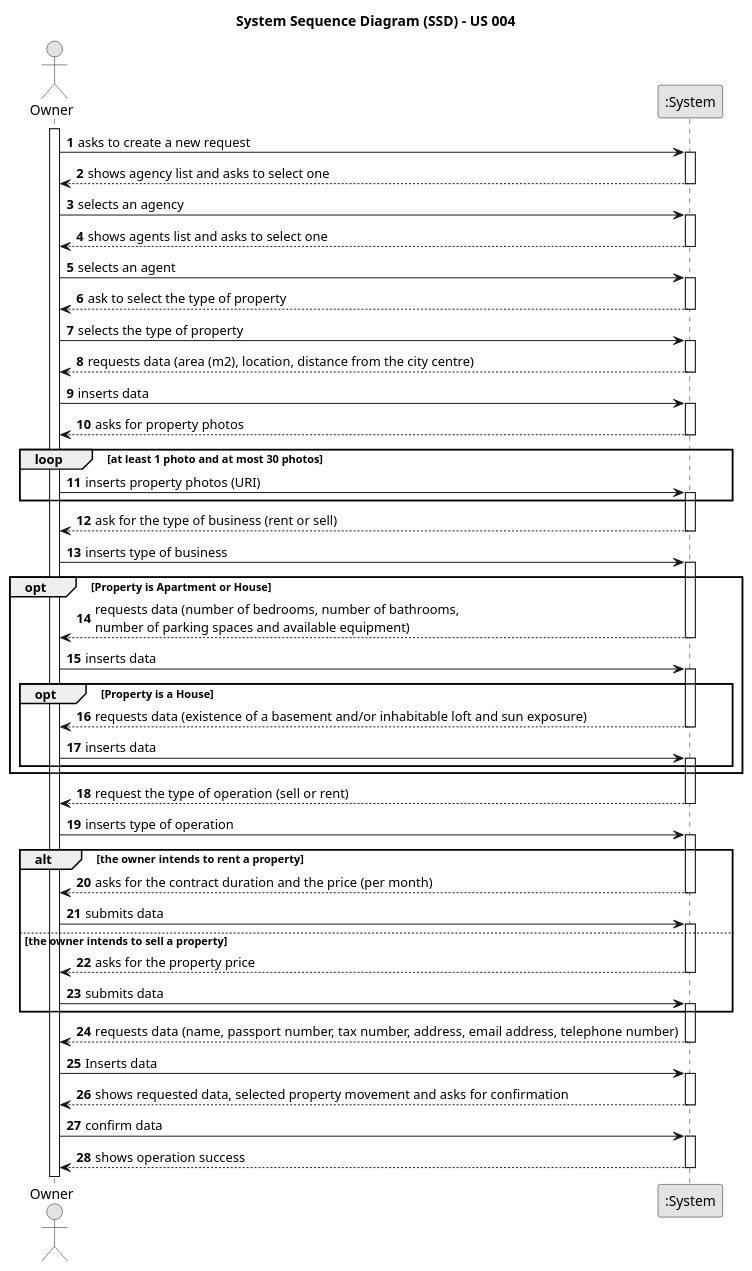
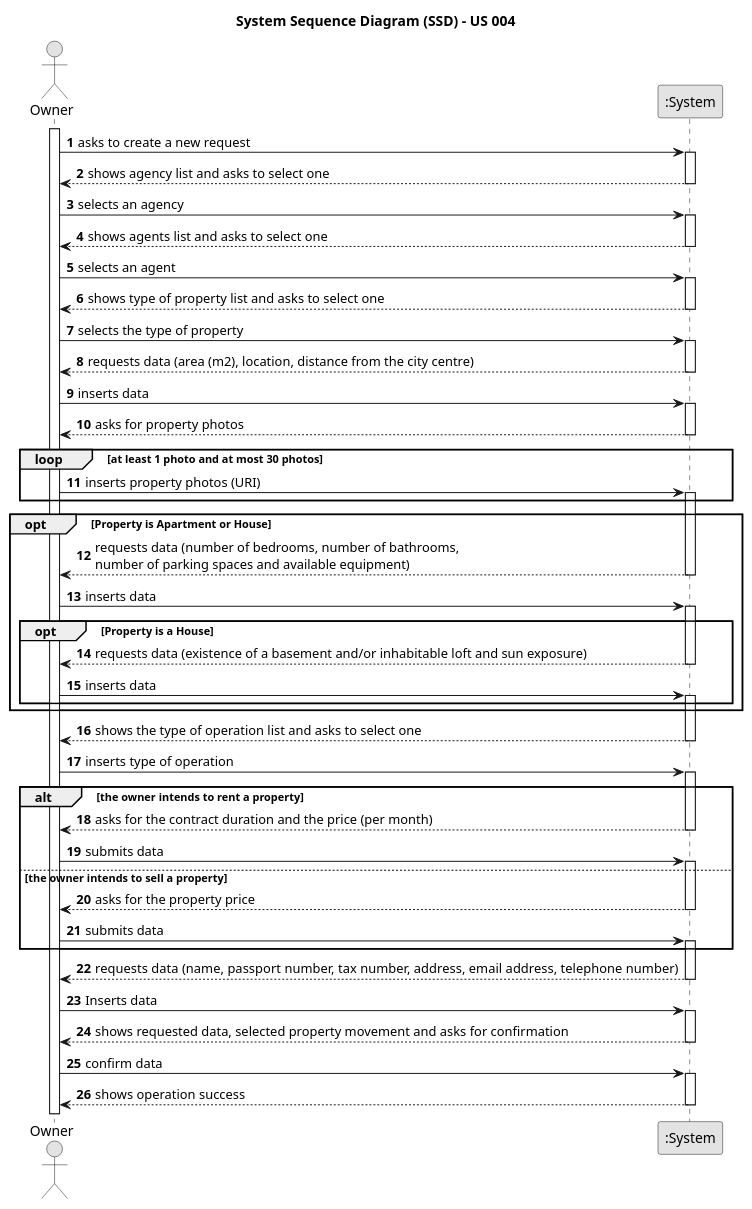
Before and after one commit to 1220812/LAPR2: the diagram in docs/sprintB/us004/01.requirements-engineering/puml/us004-system-sequence-diagram.puml, drawn with PlantUML. The commit also changed 1 other file, not shown here.

```diff
--- a/docs/sprintB/us004/01.requirements-engineering/puml/us004-system-sequence-diagram.puml
+++ b/docs/sprintB/us004/01.requirements-engineering/puml/us004-system-sequence-diagram.puml
@@ -1,124 +1,118 @@
 @startuml
 skinparam monochrome true
 skinparam packageStyle rectangle
 skinparam shadowing false
 
 title System Sequence Diagram (SSD) - US 004
 
 autonumber
 
 actor "Owner" as Owner
 participant ":System" as System
 
 activate Owner
 
     Owner -> System : asks to create a new request
     activate System
 
         System --> Owner : shows agency list and asks to select one
     deactivate System
 
     Owner -> System : selects an agency
     activate System
 
         System --> Owner : shows agents list and asks to select one
     deactivate System
 
     Owner -> System : selects an agent
     activate System
 
 
-        System --> Owner : ask to select the type of property
+        System --> Owner : shows type of property list and asks to select one
     deactivate System
 
     Owner -> System : selects the type of property
 
         activate System
 
         System --> Owner : requests data (area (m2), location, distance from the city centre)
 
     deactivate System
 
     Owner -> System : inserts data
 
     activate System
 
     System --> Owner : asks for property photos
     deactivate System
 
     loop at least 1 photo and at most 30 photos
 
     Owner -> System : inserts property photos (URI)
     activate System
 
     end
-
-    System --> Owner : ask for the type of business (rent or sell)
-    deactivate System
-
-
-    Owner -> System : inserts type of business
    activate System
 
     opt Property is Apartment or House
 
         System --> Owner : requests data (number of bedrooms, number of bathrooms, \nnumber of parking spaces and available equipment)
 
     deactivate System
 
     Owner -> System : inserts data
     activate System
 
     opt Property is a House
 
          System --> Owner : requests data (existence of a basement and/or inhabitable loft and sun exposure)
     deactivate System
 
     Owner -> System : inserts data
     activate System
 
     end
 
     end
 
-    System --> Owner : request the type of operation (sell or rent)
+    System --> Owner : shows the type of operation list and asks to select one
     deactivate System
 
     Owner -> System : inserts type of operation
 
     alt the owner intends to rent a property
     activate System
 
     System --> Owner : asks for the contract duration and the price (per month)
     deactivate System
 
     Owner -> System : submits data
     activate System
 
     else the owner intends to sell a property
     System --> Owner : asks for the property price
 
     deactivate System
 
     Owner -> System : submits data
     activate System
 
     end
 
           System --> Owner : requests data (name, passport number, tax number, address, email address, telephone number)
     deactivate System
 
     Owner -> System : Inserts data
     activate System
 
            System --> Owner : shows requested data, selected property movement and asks for confirmation
 
     deactivate System
 
     Owner -> System : confirm data
     activate System
 
             System --> Owner : shows operation success
     deactivate System
 
 @enduml
```
